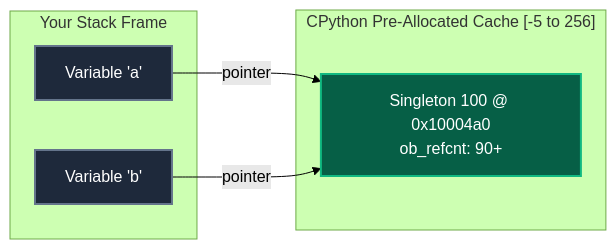
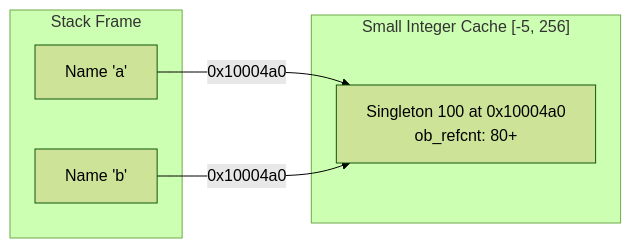
Before and after one commit to AchuAshwath/Cthru-Python: the third of 3 diagrams in src/content/docs/foundations/the-pyobject.mdx, drawn with Mermaid (forest theme). The commit also changed other lines of this file and 8 other files, not shown here.

````diff
--- a/src/content/docs/foundations/the-pyobject.mdx
+++ b/src/content/docs/foundations/the-pyobject.mdx
@@ -133,18 +142,14 @@
 ```mermaid
 flowchart LR
-    subgraph Stack["Your Stack Frame"]
-        varA["Variable 'a'"]
-        varB["Variable 'b'"]
+    subgraph Frame["Stack Frame"]
+        varA["Name 'a'"]
+        varB["Name 'b'"]
     end
 
-    subgraph Cache["CPython Pre-Allocated Cache [-5 to 256]"]
-        singleton["Singleton 100 @ 0x10004a0<br/>ob_refcnt: 90+"]
+    subgraph StaticArray["Small Integer Cache [-5, 256]"]
+        singleton["Singleton 100 at 0x10004a0<br/>ob_refcnt: 80+"]
     end
 
-    varA -->|pointer| singleton
-    varB -->|pointer| singleton
-
-    style singleton fill:#065f46,stroke:#10b981,stroke-width:2px,color:#fff
-    style varA fill:#1e293b,stroke:#64748b,stroke-width:2px,color:#fff
-    style varB fill:#1e293b,stroke:#64748b,stroke-width:2px,color:#fff
+    varA -->|0x10004a0| singleton
+    varB -->|0x10004a0| singleton
 ```
````
